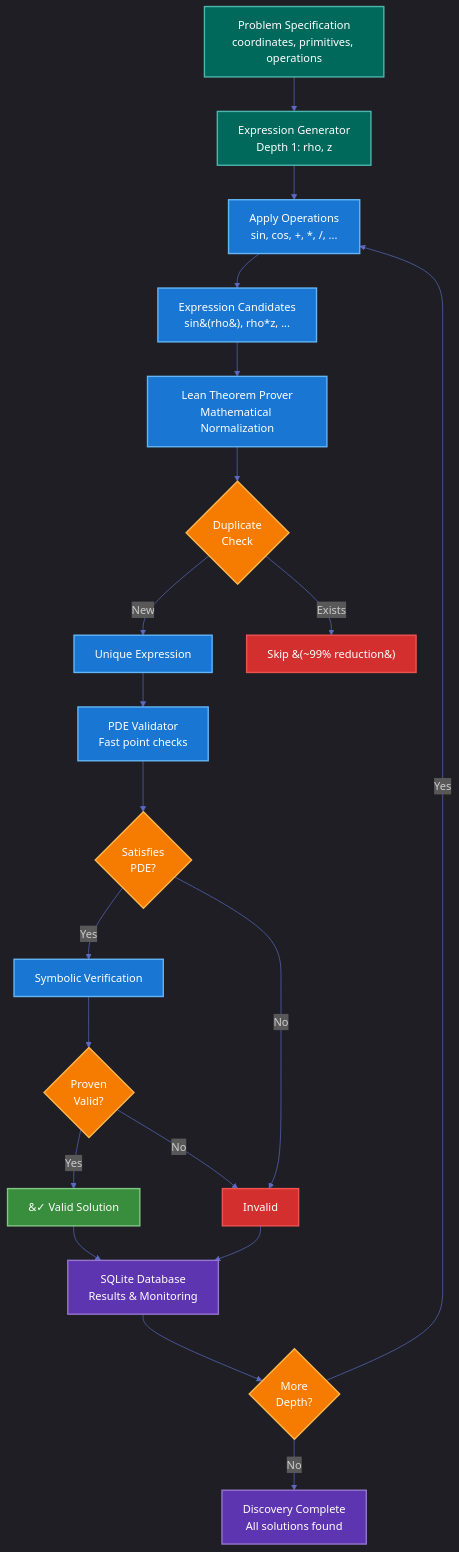
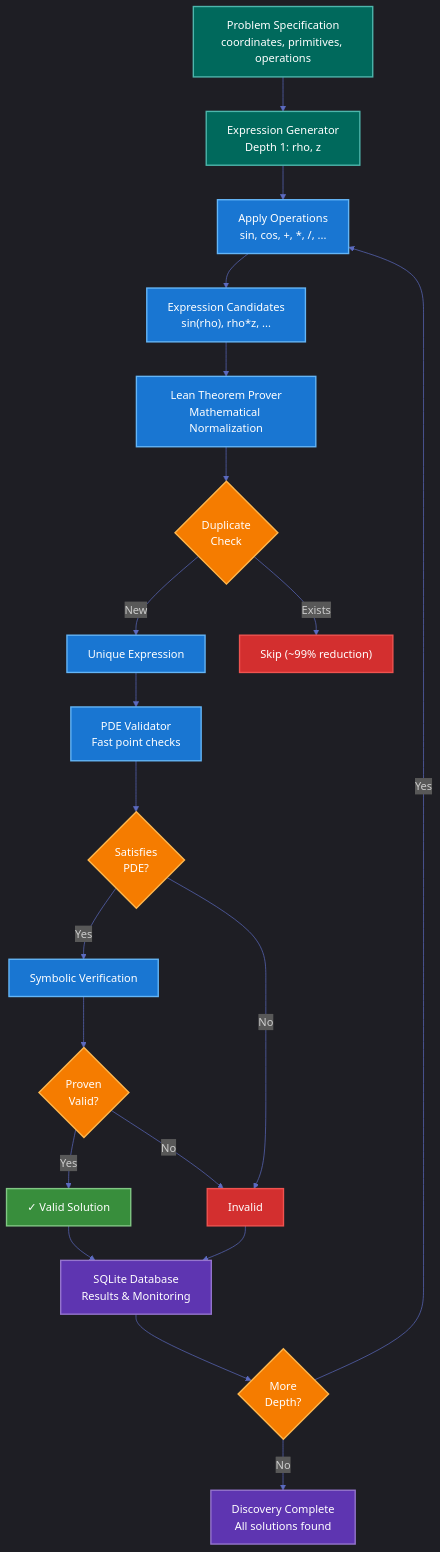
One commit to PimDeWitte/pde-engine changed the second of 2 diagrams in README.md. Above: the diagram before and after it, drawn with Mermaid. The commit also changed 92 other files, not shown here.

````diff
--- a/README.md
+++ b/README.md
@@ -317,50 +317,50 @@
 ```mermaid
 %%{init: {'theme':'dark', 'themeVariables': {'primaryColor':'#2e7d32','primaryTextColor':'#fff','primaryBorderColor':'#66bb6a','lineColor':'#5c6bc0','secondaryColor':'#1976d2','tertiaryColor':'#e65100','background':'#1e1e1e','mainBkg':'#2d2d30','secondBkg':'#252526','tertiaryBkg':'#3c3c3c','tertiaryTextColor':'#fff','darkMode':true}}}%%
 graph TD
     %% Problem Definition Phase
-    A[Problem Specification<br/>coordinates, primitives, operations] 
+    A["Problem Specification<br/>coordinates, primitives, operations"]
     A --> B[Expression Generator<br/>Depth 1: rho, z]
     
     %% Generation Phase
-    B --> C[Apply Operations<br/>sin, cos, +, *, /, ...]
-    C --> D[Expression Candidates<br/>sin&#40;rho&#41;, rho*z, ...]
+    B --> C["Apply Operations<br/>sin, cos, +, *, /, ..."]
+    C --> D["Expression Candidates<br/>sin(rho), rho*z, ..."]
     
     %% Normalization Phase
     D --> E[Lean Theorem Prover<br/>Mathematical Normalization]
     E --> F{Duplicate<br/>Check}
     F -->|New| G[Unique Expression]
-    F -->|Exists| H[Skip &#40;~99% reduction&#41;]
+    F -->|Exists| H["Skip (~99% reduction)"]
     
     %% Validation Phase
     G --> I[PDE Validator<br/>Fast point checks]
     I --> J{Satisfies<br/>PDE?}
     J -->|Yes| K[Symbolic Verification]
     J -->|No| L[Invalid]
     K --> M{Proven<br/>Valid?}
-    M -->|Yes| N[&#10003; Valid Solution]
+    M -->|Yes| N["✓ Valid Solution"]
     M -->|No| L
     
     %% Storage Phase
-    N --> O[SQLite Database<br/>Results & Monitoring]
+    N --> O["SQLite Database<br/>Results & Monitoring"]
     L --> O
     
     %% Iteration
     O --> P{More<br/>Depth?}
     P -->|Yes| C
     P -->|No| Q[Discovery Complete<br/>All solutions found]
     
     %% Styling for dark background
     classDef valid fill:#388e3c,stroke:#81c784,color:#fff,stroke-width:2px
     classDef invalid fill:#d32f2f,stroke:#ef5350,color:#fff,stroke-width:2px  
     classDef process fill:#1976d2,stroke:#64b5f6,color:#fff,stroke-width:2px
     classDef decision fill:#f57c00,stroke:#ffb74d,color:#fff,stroke-width:2px
     classDef storage fill:#5e35b1,stroke:#9575cd,color:#fff,stroke-width:2px
     classDef start fill:#00695c,stroke:#4db6ac,color:#fff,stroke-width:2px
     
     class A,B start
     class C,D,E,G,I,K process
     class F,J,M,P decision
     class N valid
     class H,L invalid
     class O,Q storage
 ```
````
